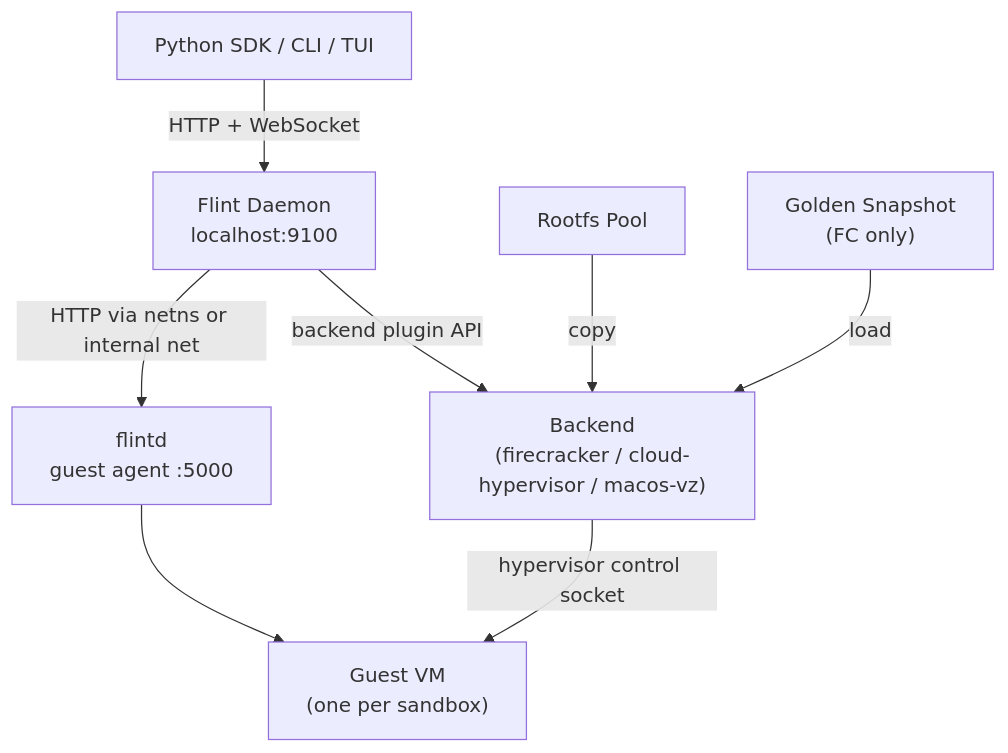
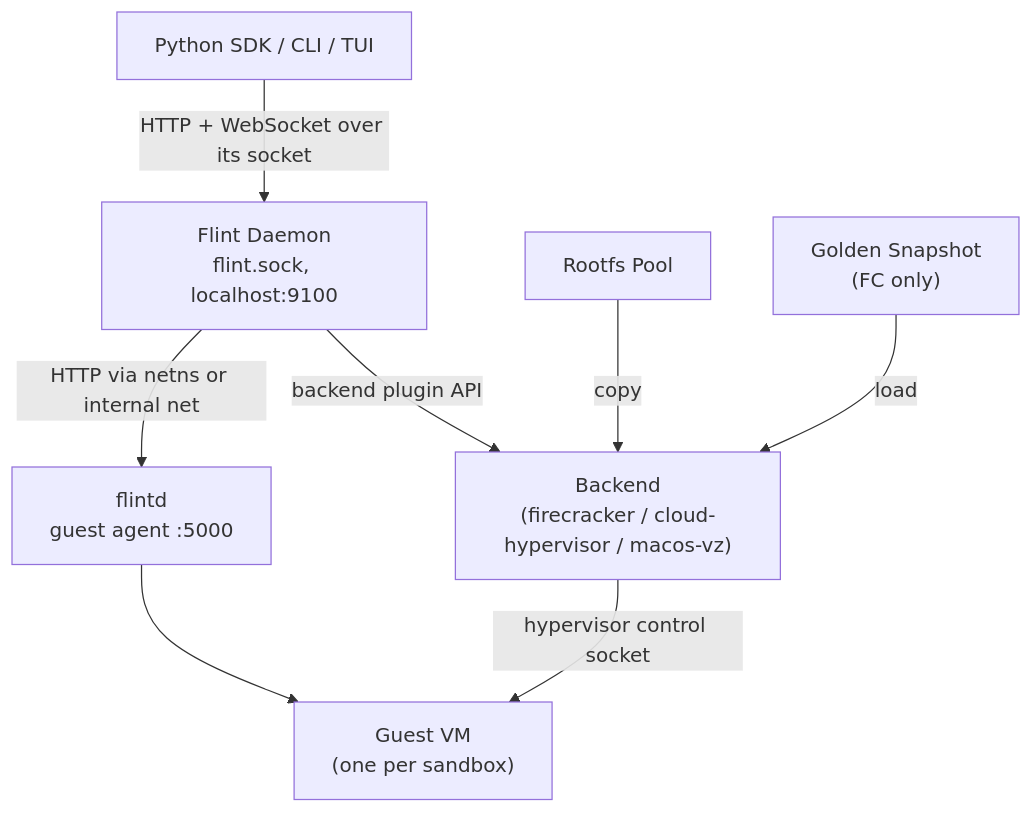
One commit to jverre/flint changed the diagram in docs/architecture/overview.mdx. Above: the diagram before and after it, drawn with Mermaid. The commit also changed other lines of this file and 37 other files, not shown here.

````diff
--- a/docs/architecture/overview.mdx
+++ b/docs/architecture/overview.mdx
@@ -8,10 +8,10 @@
 ```mermaid
 graph TD
-    SDK["Python SDK / CLI / TUI"] -->|HTTP + WebSocket| Daemon
-    Daemon["Flint Daemon\nlocalhost:9100"] -->|backend plugin API| Backend["Backend\n(firecracker / cloud-hypervisor / macos-vz)"]
+    SDK["Python SDK / CLI / TUI"] -->|HTTP + WebSocket over its socket| Daemon
+    Daemon["Flint Daemon\nflint.sock, localhost:9100"] -->|backend plugin API| Backend["Backend\n(firecracker / cloud-hypervisor / macos-vz)"]
     Backend -->|hypervisor control socket| VM["Guest VM\n(one per sandbox)"]
     Daemon -->|HTTP via netns or internal net| flintd["flintd\nguest agent :5000"]
     flintd --> VM
     Pool["Rootfs Pool"] -->|copy| Backend
     Snapshot["Golden Snapshot\n(FC only)"] -->|load| Backend
 ```
````
